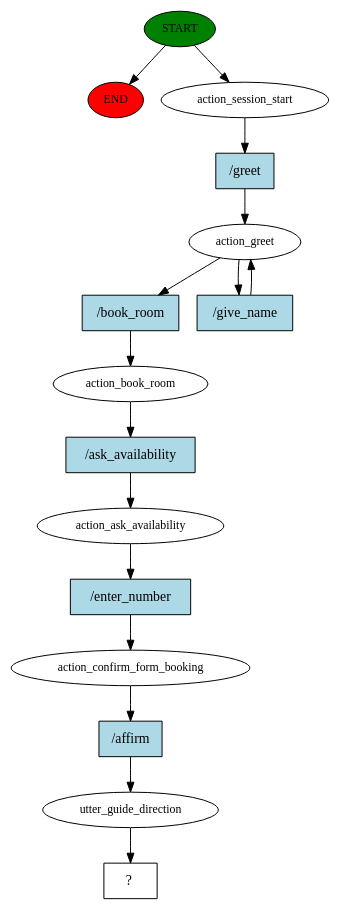
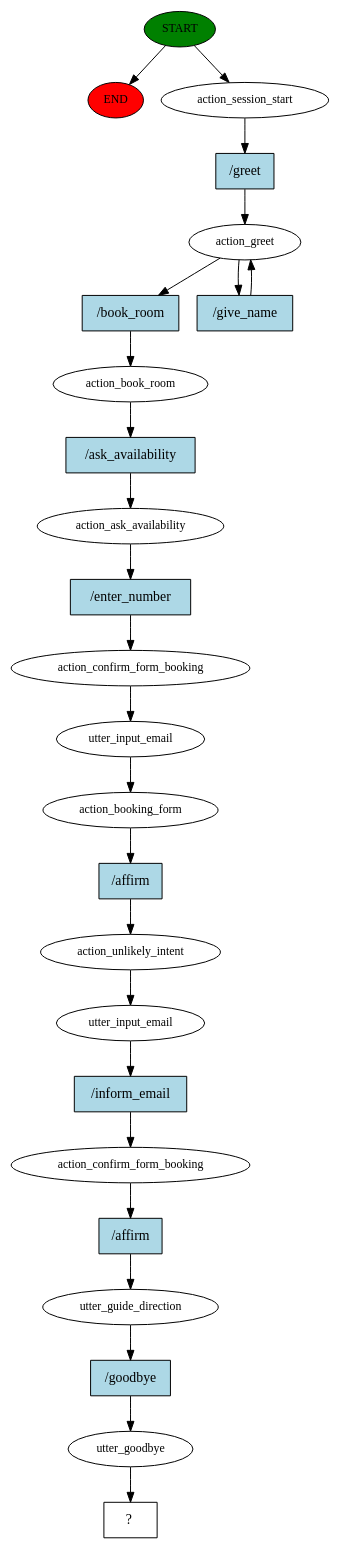
Before and after one commit to blackbullerk123/HotelRasaChatbot: the diagram in story_graph.dot, drawn with Graphviz. The commit also changed 7 other files, not shown here.

```diff
--- a/story_graph.dot
+++ b/story_graph.dot
@@ -1,32 +1,50 @@
 digraph  {
 0 [class="start active", fillcolor=green, fontsize=12, label=START, style=filled];
 "-1" [class=end, fillcolor=red, fontsize=12, label=END, style=filled];
 1 [class=active, fontsize=12, label=action_session_start];
 2 [class=active, fontsize=12, label=action_greet];
 4 [class=active, fontsize=12, label=action_book_room];
 5 [class=active, fontsize=12, label=action_ask_availability];
 6 [class=active, fontsize=12, label=action_confirm_form_booking];
-7 [class=active, fontsize=12, label=utter_guide_direction];
-8 [class="intent dashed active", label="  ?  ", shape=rect];
-9 [class="intent active", fillcolor=lightblue, label="/greet", shape=rect, style=filled];
-10 [class="intent active", fillcolor=lightblue, label="/book_room", shape=rect, style=filled];
-11 [class="intent active", fillcolor=lightblue, label="/give_name", shape=rect, style=filled];
-12 [class="intent active", fillcolor=lightblue, label="/ask_availability", shape=rect, style=filled];
-13 [class="intent active", fillcolor=lightblue, label="/enter_number", shape=rect, style=filled];
-14 [class="intent active", fillcolor=lightblue, label="/affirm", shape=rect, style=filled];
+7 [class=active, fontsize=12, label=utter_input_email];
+8 [class=active, fontsize=12, label=action_booking_form];
+9 [class=active, fontsize=12, label=action_unlikely_intent];
+10 [class=active, fontsize=12, label=utter_input_email];
+11 [class=active, fontsize=12, label=action_confirm_form_booking];
+12 [class=active, fontsize=12, label=utter_guide_direction];
+13 [class=active, fontsize=12, label=utter_goodbye];
+14 [class="intent dashed active", label="  ?  ", shape=rect];
+15 [class="intent active", fillcolor=lightblue, label="/greet", shape=rect, style=filled];
+16 [class="intent active", fillcolor=lightblue, label="/book_room", shape=rect, style=filled];
+17 [class="intent active", fillcolor=lightblue, label="/give_name", shape=rect, style=filled];
+18 [class="intent active", fillcolor=lightblue, label="/ask_availability", shape=rect, style=filled];
+19 [class="intent active", fillcolor=lightblue, label="/enter_number", shape=rect, style=filled];
+20 [class="intent active", fillcolor=lightblue, label="/affirm", shape=rect, style=filled];
+21 [class="intent active", fillcolor=lightblue, label="/inform_email", shape=rect, style=filled];
+22 [class="intent active", fillcolor=lightblue, label="/affirm", shape=rect, style=filled];
+23 [class="intent active", fillcolor=lightblue, label="/goodbye", shape=rect, style=filled];
 0 -> "-1"  [class="", key=NONE, label=""];
 0 -> 1  [class=active, key=NONE, label=""];
-1 -> 9  [class=active, key=0];
-2 -> 10  [class=active, key=0];
-2 -> 11  [class=active, key=0];
-4 -> 12  [class=active, key=0];
-5 -> 13  [class=active, key=0];
-6 -> 14  [class=active, key=0];
+1 -> 15  [class=active, key=0];
+2 -> 16  [class=active, key=0];
+2 -> 17  [class=active, key=0];
+4 -> 18  [class=active, key=0];
+5 -> 19  [class=active, key=0];
+6 -> 7  [class=active, key=NONE, label=""];
 7 -> 8  [class=active, key=NONE, label=""];
-9 -> 2  [class=active, key=0];
-10 -> 4  [class=active, key=0];
-11 -> 2  [class=active, key=0];
-12 -> 5  [class=active, key=0];
-13 -> 6  [class=active, key=0];
-14 -> 7  [class=active, key=0];
+8 -> 20  [class=active, key=0];
+9 -> 10  [class=active, key=NONE, label=""];
+10 -> 21  [class=active, key=0];
+11 -> 22  [class=active, key=0];
+12 -> 23  [class=active, key=0];
+13 -> 14  [class=active, key=NONE, label=""];
+15 -> 2  [class=active, key=0];
+16 -> 4  [class=active, key=0];
+17 -> 2  [class=active, key=0];
+18 -> 5  [class=active, key=0];
+19 -> 6  [class=active, key=0];
+20 -> 9  [class=active, key=0];
+21 -> 11  [class=active, key=0];
+22 -> 12  [class=active, key=0];
+23 -> 13  [class=active, key=0];
 }
```
